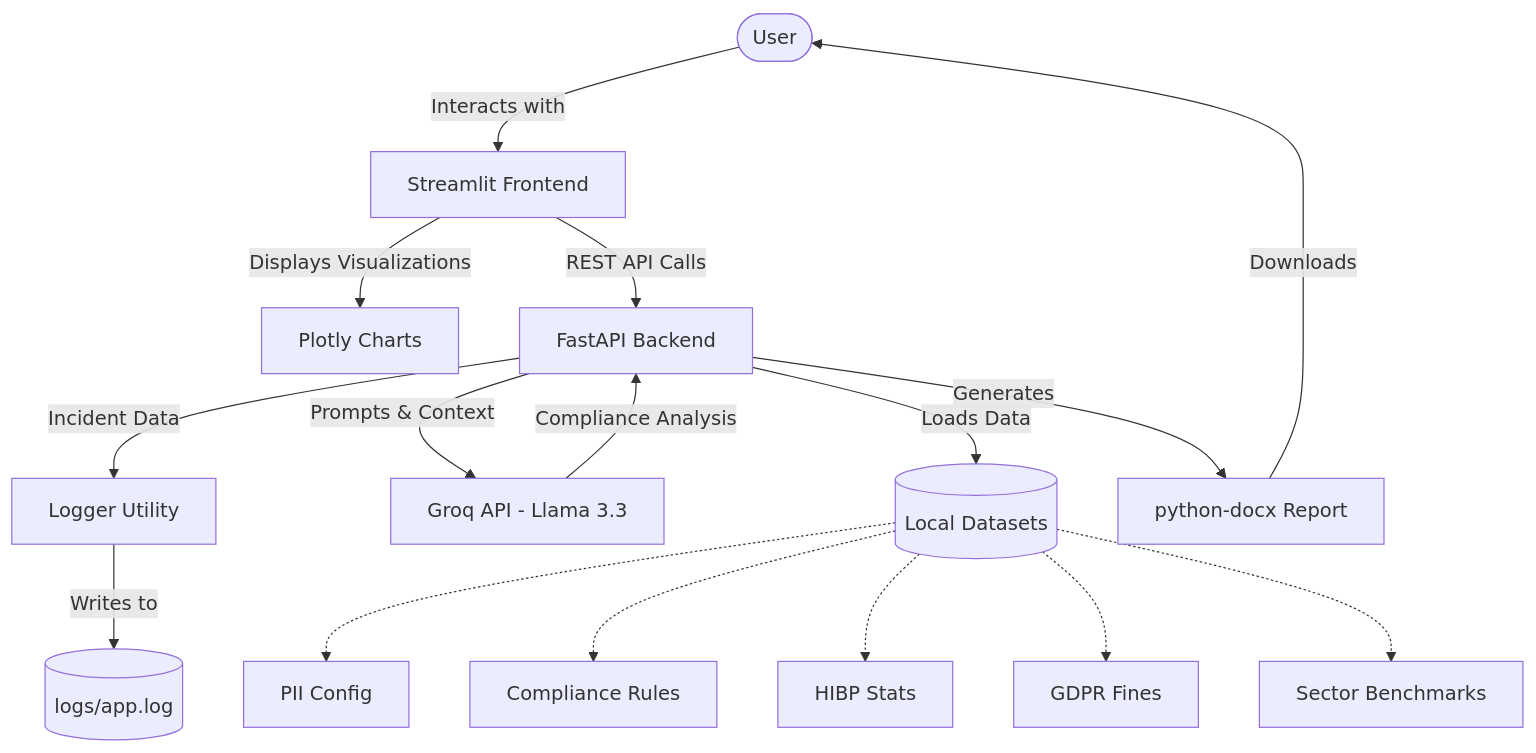
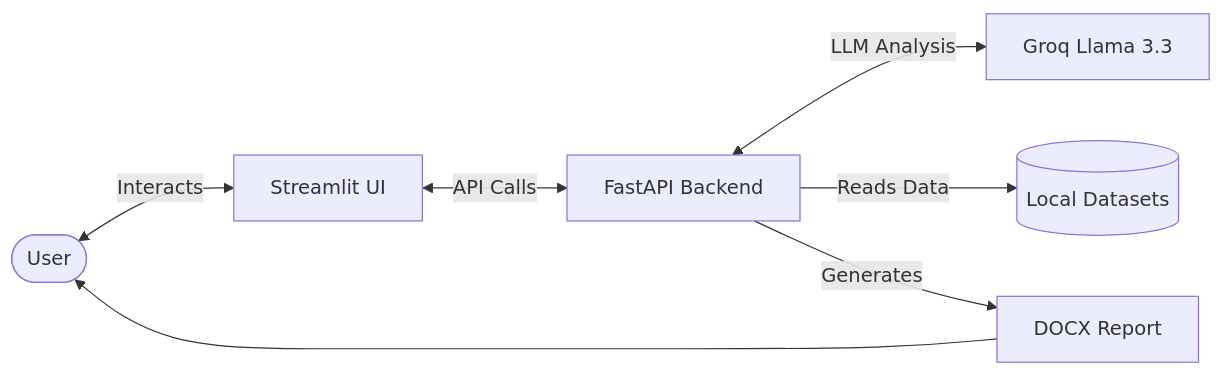
One commit to chinmayiphosur/Division-A changed the diagram in teams/team-08/README.md. Above: the diagram before and after it, drawn with Mermaid.

Commit message:
Simplify architecture diagram

````diff
--- a/teams/team-08/README.md
+++ b/teams/team-08/README.md
@@ -18,22 +18,9 @@
 ```mermaid
-graph TD
-    User([User]) -->|Interacts with| UI[Streamlit Frontend]
-    UI -->|Displays Visualizations| Plotly[Plotly Charts]
-    UI -->|REST API Calls| Backend[FastAPI Backend]
-    
-    Backend -->|Incident Data| Logger[Logger Utility]
-    Logger -->|Writes to| LogFile[(logs/app.log)]
-    
-    Backend -->|Prompts & Context| Groq[Groq API - Llama 3.3]
-    Groq -->|Compliance Analysis| Backend
-    
-    Backend -->|Loads Data| DataSets[(Local Datasets)]
-    DataSets -.-> PII[PII Config]
-    DataSets -.-> Compliance[Compliance Rules]
-    DataSets -.-> HIBP[HIBP Stats]
-    DataSets -.-> Fines[GDPR Fines]
-    DataSets -.-> Benchmarks[Sector Benchmarks]
-    
-    Backend -->|Generates| DOCX[python-docx Report]
-    DOCX -->|Downloads| User
+graph LR
+    User([User]) <-->|Interacts| UI[Streamlit UI]
+    UI <-->|API Calls| API[FastAPI Backend]
+    API <-->|LLM Analysis| Groq[Groq Llama 3.3]
+    API -->|Reads Data| Data[(Local Datasets)]
+    API -->|Generates| Report[DOCX Report]
+    Report --> User
 ```
````
